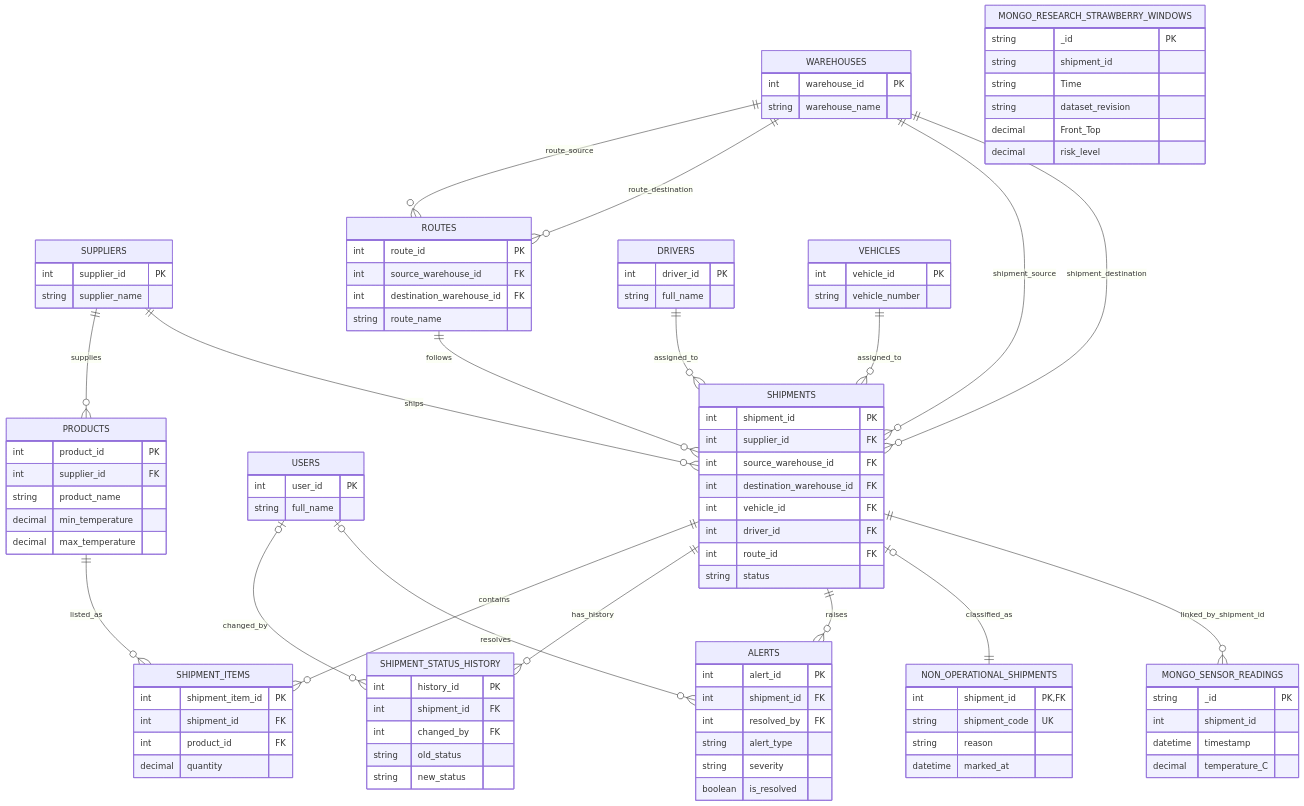
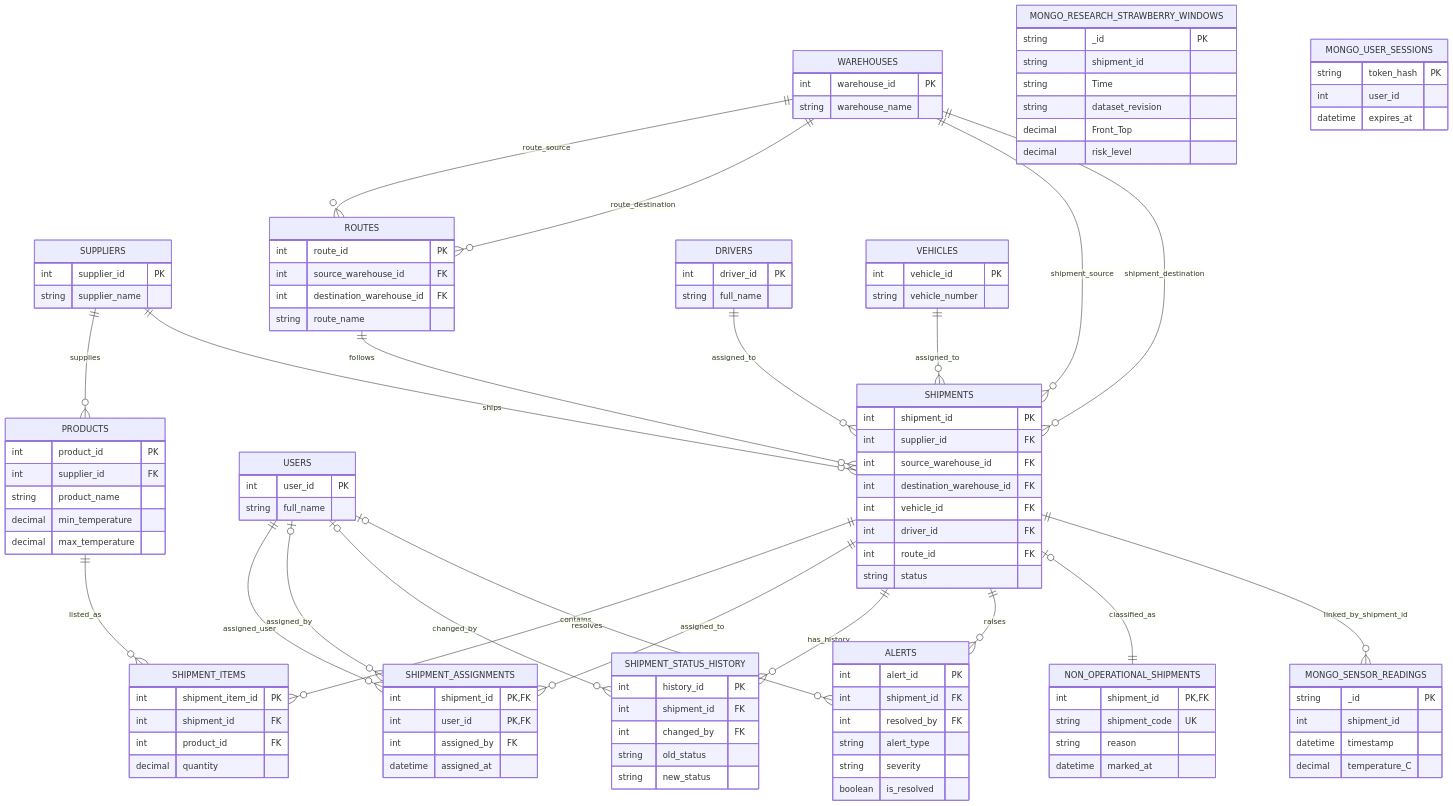
One commit to AkashRamesh-19/Coldchain changed the diagram in docs/ERD.md. Above: the diagram before and after it, drawn with Mermaid. The commit also changed other lines of this file and 39 other files, not shown here.

```diff
--- a/docs/ERD.md
+++ b/docs/ERD.md
@@ -59,6 +63,12 @@
         int product_id FK
         decimal quantity
     }
+    SHIPMENT_ASSIGNMENTS {
+        int shipment_id PK, FK
+        int user_id PK, FK
+        int assigned_by FK
+        datetime assigned_at
+    }
     SHIPMENT_STATUS_HISTORY {
         int history_id PK
         int shipment_id FK
@@ -88,6 +98,11 @@
         decimal Front_Top
         decimal risk_level
     }
+    MONGO_USER_SESSIONS {
+        string token_hash PK
+        int user_id
+        datetime expires_at
+    }
 
     SUPPLIERS ||--o{ PRODUCTS : supplies
     SUPPLIERS ||--o{ SHIPMENTS : ships
@@ -99,6 +114,9 @@
     VEHICLES ||--o{ SHIPMENTS : assigned_to
     ROUTES ||--o{ SHIPMENTS : follows
     SHIPMENTS ||--o{ SHIPMENT_ITEMS : contains
+    SHIPMENTS ||--o{ SHIPMENT_ASSIGNMENTS : assigned_to
+    USERS ||--o{ SHIPMENT_ASSIGNMENTS : assigned_user
+    USERS o|--o{ SHIPMENT_ASSIGNMENTS : assigned_by
     PRODUCTS ||--o{ SHIPMENT_ITEMS : listed_as
     SHIPMENTS ||--o{ SHIPMENT_STATUS_HISTORY : has_history
     USERS o|--o{ SHIPMENT_STATUS_HISTORY : changed_by
```
